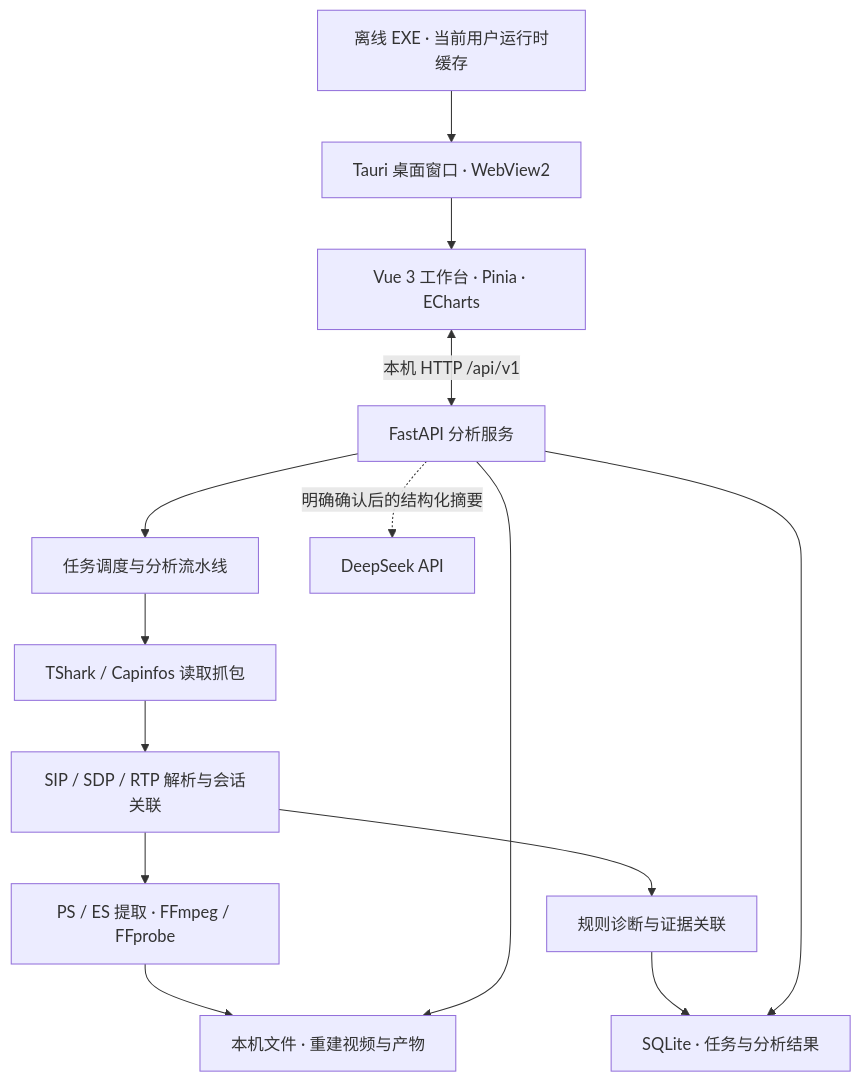
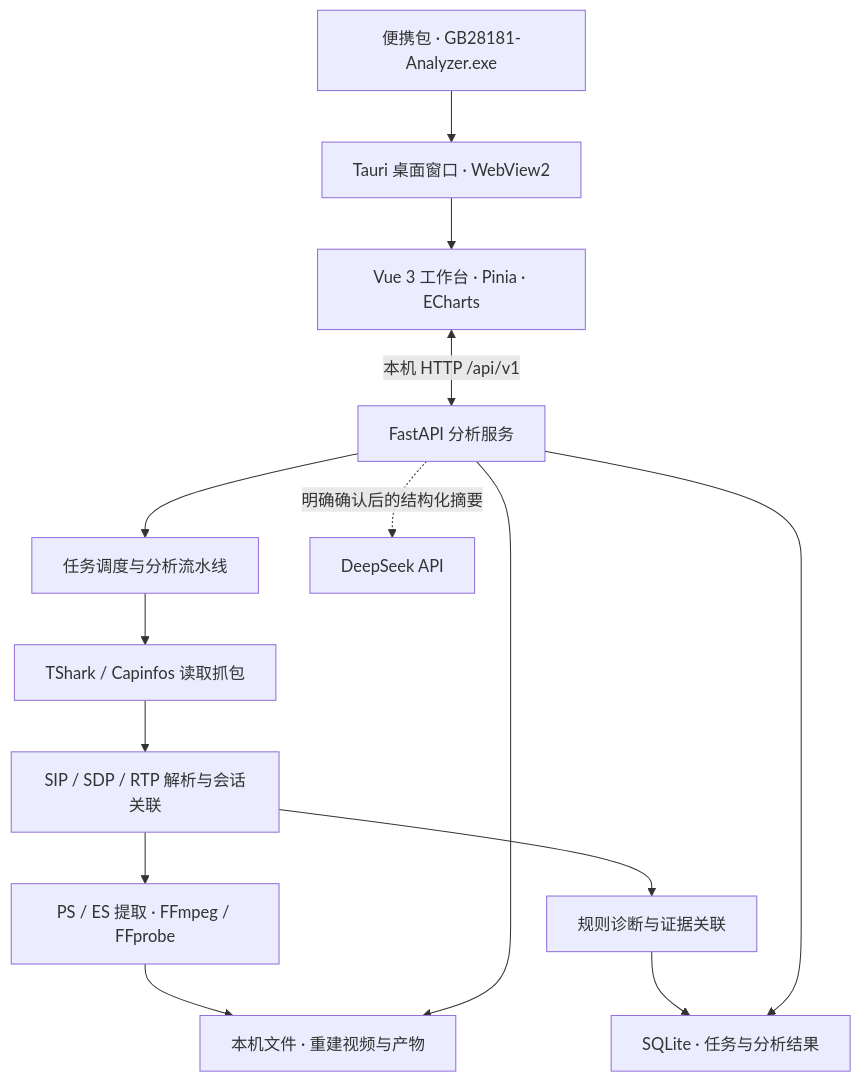
One commit to CiallorZ/GB28181-Analyzer changed the second of 2 diagrams in README.md. Above: the diagram before and after it, drawn with Mermaid. The commit also changed other lines of this file and 40 other files, not shown here.

````diff
--- a/README.md
+++ b/README.md
@@ -64,16 +66,16 @@
 ```mermaid
 flowchart TD
-    EXE["离线 EXE · 当前用户运行时缓存"] --> SHELL["Tauri 桌面窗口 · WebView2"]
+    EXE["便携包 · GB28181-Analyzer.exe"] --> SHELL["Tauri 桌面窗口 · WebView2"]
     SHELL --> UI["Vue 3 工作台 · Pinia · ECharts"]
     UI <-->|"本机 HTTP /api/v1"| API["FastAPI 分析服务"]
     API --> TASK["任务调度与分析流水线"]
     TASK --> READ["TShark / Capinfos 读取抓包"]
     READ --> PARSE["SIP / SDP / RTP 解析与会话关联"]
     PARSE --> MEDIA["PS / ES 提取 · FFmpeg / FFprobe"]
     PARSE --> RULE["规则诊断与证据关联"]
     RULE --> DB["SQLite · 任务与分析结果"]
     MEDIA --> FILES["本机文件 · 重建视频与产物"]
     API --> DB
     API --> FILES
     API -. "明确确认后的结构化摘要" .-> AI["DeepSeek API"]
 ```
````
